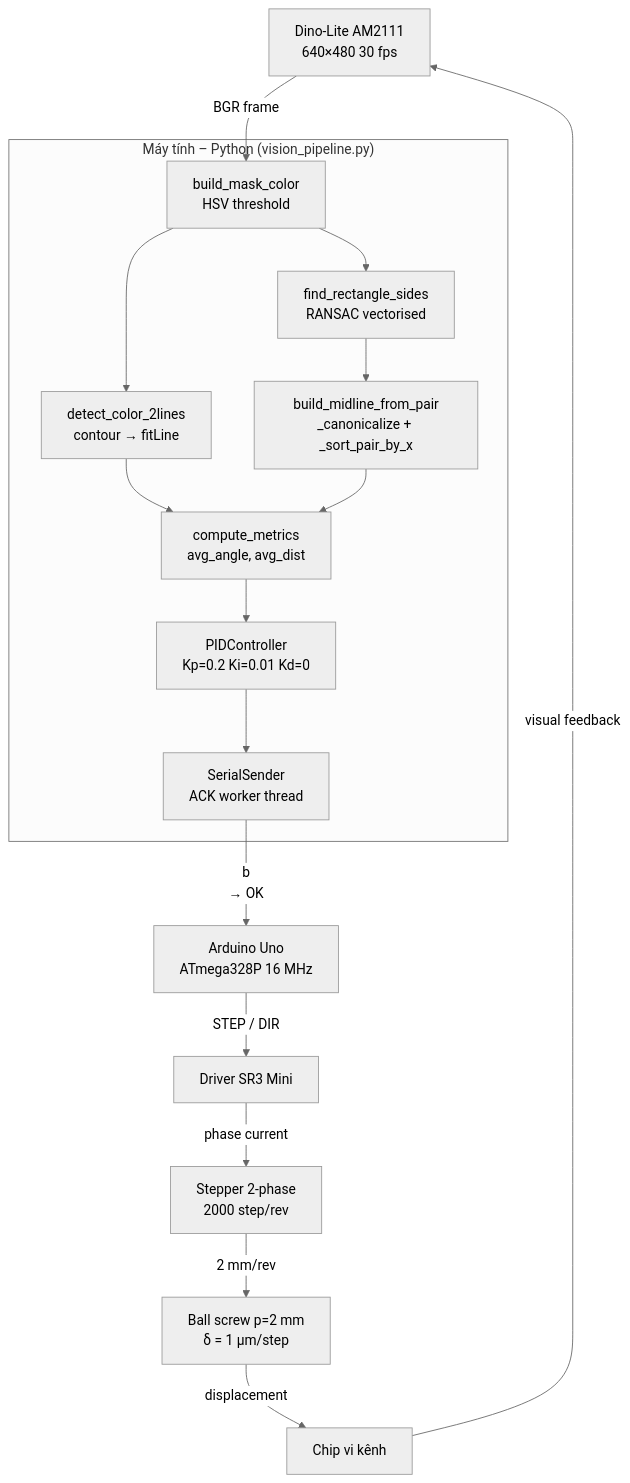
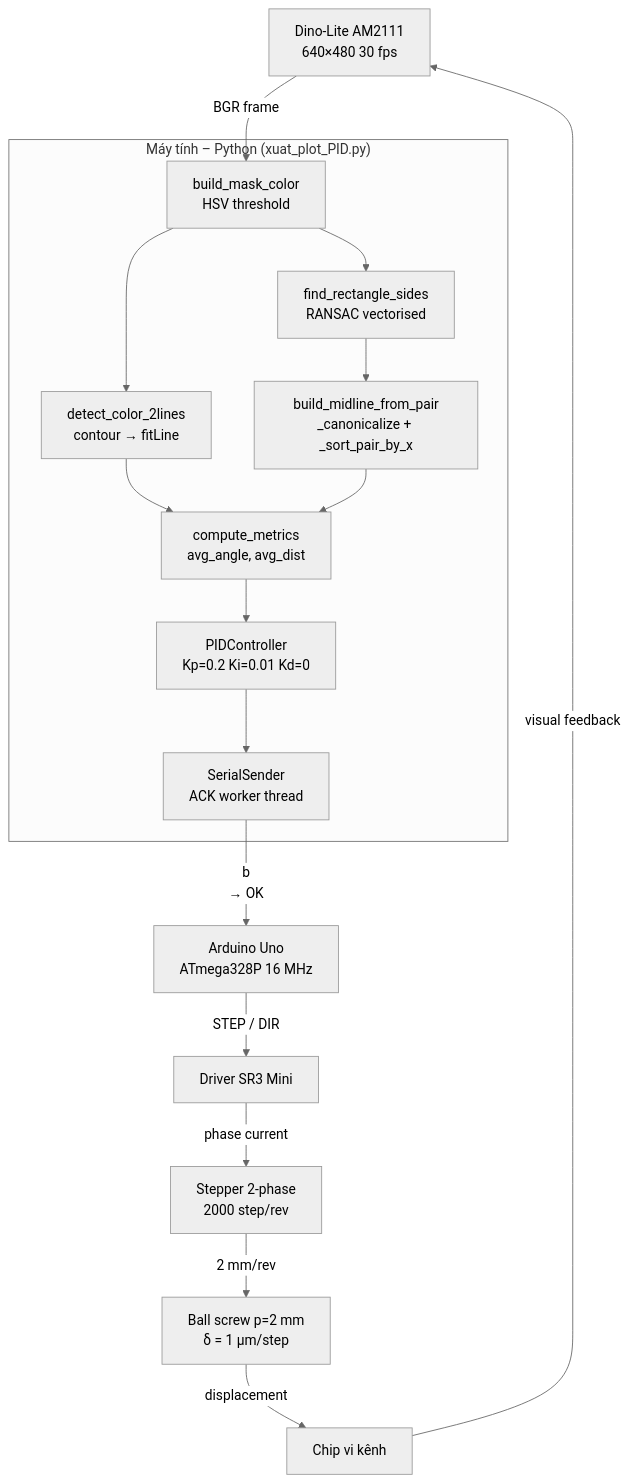
One commit to Nhdnguyenhoangduc/He_thong_vi_dich_chuyen changed the first of 2 diagrams in README.md. Above: the diagram before and after it, drawn with Mermaid (neutral theme). The commit also changed other lines of this file, not shown here.

````diff
--- a/README.md
+++ b/README.md
@@ -39,21 +49,21 @@
 ```mermaid
 graph TD
     CAM["Dino-Lite AM2111\n640×480  30 fps"] -->|BGR frame| VP
 
-    subgraph PC["Máy tính – Python (vision_pipeline.py)"]
+    subgraph PC["Máy tính – Python (xuat_plot_PID.py)"]
         VP["build_mask_color\nHSV threshold"] --> BLUE["detect_color_2lines\ncontour → fitLine"]
         VP --> RECT["find_rectangle_sides\nRANSAC vectorised"]
         RECT --> MID["build_midline_from_pair\n_canonicalize + _sort_pair_by_x"]
         BLUE --> MET["compute_metrics\n avg_angle, avg_dist"]
         MID  --> MET
         MET  --> PID["PIDController\nKp=0.2  Ki=0.01  Kd=0"]
         PID  --> SER["SerialSender\nACK worker thread"]
     end
 
     SER -->|"<N>b\n  →  OK\n"| ARD["Arduino Uno\nATmega328P  16 MHz"]
     ARD -->|STEP / DIR| DRV["Driver SR3 Mini"]
     DRV -->|phase current| MOT["Stepper 2-phase\n2000 step/rev"]
     MOT -->|2 mm/rev| VIT["Ball screw  p=2 mm\nδ = 1 µm/step"]
     VIT -->|displacement| CHIP["Chip vi kênh"]
     CHIP -->|visual feedback| CAM
 ```
````
